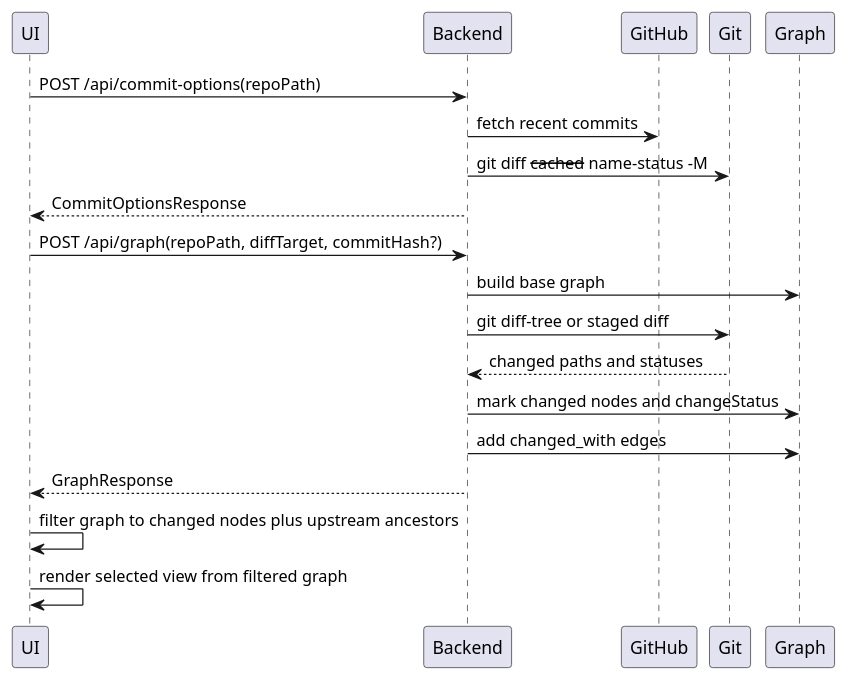
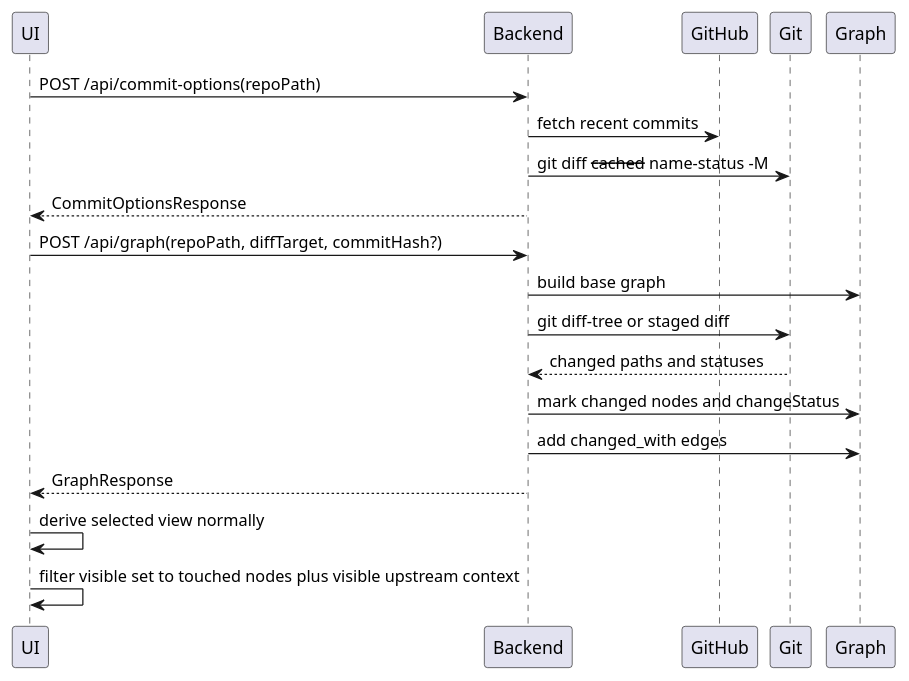
Before and after one commit to apoorvkul/HilBridge: the diagram in spec/flows/Visualize_Commit_Changes.md, drawn with PlantUML. The commit also changed other lines of this file and 7 other files, not shown here.

````diff
--- a/spec/flows/Visualize_Commit_Changes.md
+++ b/spec/flows/Visualize_Commit_Changes.md
@@ -5,23 +5,23 @@
 ```plantuml
 @startuml
 participant UI
 participant Backend
 participant GitHub
 participant Git
 participant Graph
 
 UI -> Backend: POST /api/commit-options(repoPath)
 Backend -> GitHub: fetch recent commits
 Backend -> Git: git diff --cached --name-status -M
 Backend --> UI: CommitOptionsResponse
 UI -> Backend: POST /api/graph(repoPath, diffTarget, commitHash?)
 Backend -> Graph: build base graph
 Backend -> Git: git diff-tree or staged diff
 Git --> Backend: changed paths and statuses
 Backend -> Graph: mark changed nodes and changeStatus
 Backend -> Graph: add changed_with edges
 Backend --> UI: GraphResponse
-UI -> UI: filter graph to changed nodes plus upstream ancestors
-UI -> UI: render selected view from filtered graph
+UI -> UI: derive selected view normally
+UI -> UI: filter visible set to touched nodes plus visible upstream context
 @enduml
 ```
````
